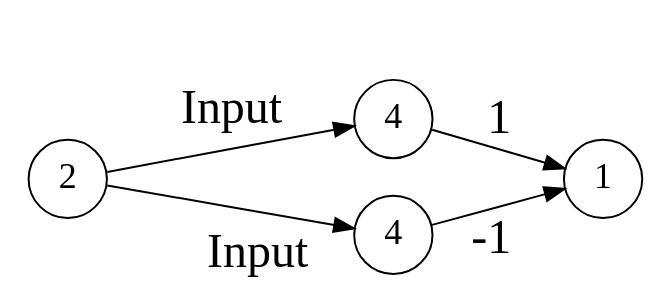
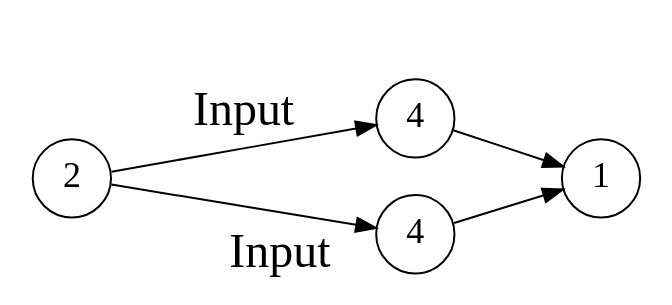
The diagram in report/chapters/volr/example4.dot (Jegp/thesis), drawn with Graphviz before and after one commit. The commit also changed 17 other files, not shown here.

```diff
--- a/report/chapters/volr/example4.dot
+++ b/report/chapters/volr/example4.dot
@@ -1,17 +1,17 @@
 digraph example3 {
     rankdir = "LR";
     ratio=0.4;
     graph [margin=0];
     edge [arrowsize=1, fontsize=24];
     node [shape=circle, width=0.07, fontsize=18];
 
     s [label="2"];
     l1, l2 [label="4"];
     p [label="1"];
     o [color=white, label=" "];
     s -> l1 [label="Input"];
     s -> l2 [headlabel="Input", labelangle=25, labeldistance=5];
-    l1 -> p [label="1"]
-    l2 -> p [headlabel="-1", labelangle=20, labeldistance=4.5]
+    l1 -> p
+    l2 -> p 
 
 }
```
